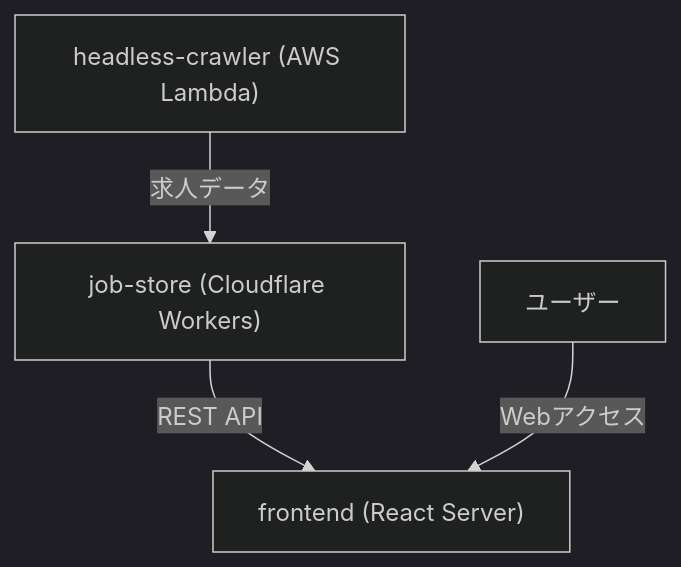
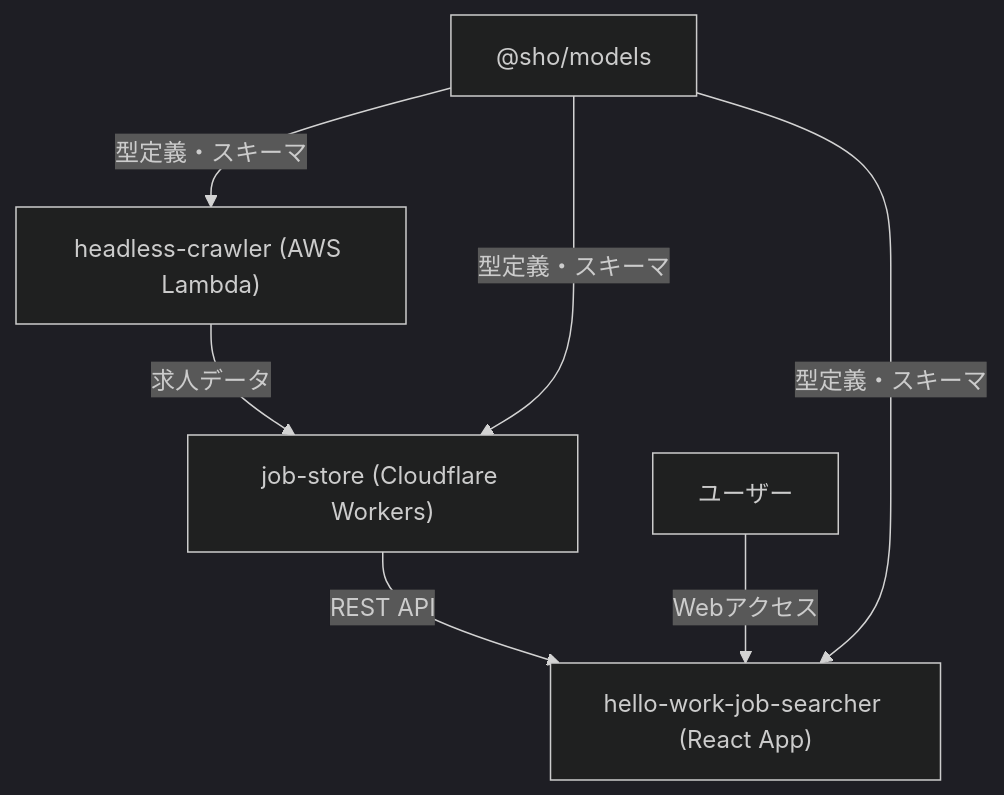
Before and after one commit to shidari/my-hello-work-job-list: the diagram in PORTFOLIO_DETAIL.md, drawn with Mermaid (dark theme). The commit also changed other lines of this file, not shown here.

````diff
--- a/PORTFOLIO_DETAIL.md
+++ b/PORTFOLIO_DETAIL.md
@@ -22,6 +24,9 @@
 ```mermaid
 graph TD
   A["headless-crawler (AWS Lambda)"] -->|"求人データ"| B["job-store (Cloudflare Workers)"]
-  B -->|"REST API"| C["frontend (React Server)"]
+  B -->|"REST API"| C["hello-work-job-searcher (React App)"]
   D["ユーザー"] -->|"Webアクセス"| C
+  E["@sho/models"] -->|"型定義・スキーマ"| A
+  E -->|"型定義・スキーマ"| B
+  E -->|"型定義・スキーマ"| C
 ```
````
